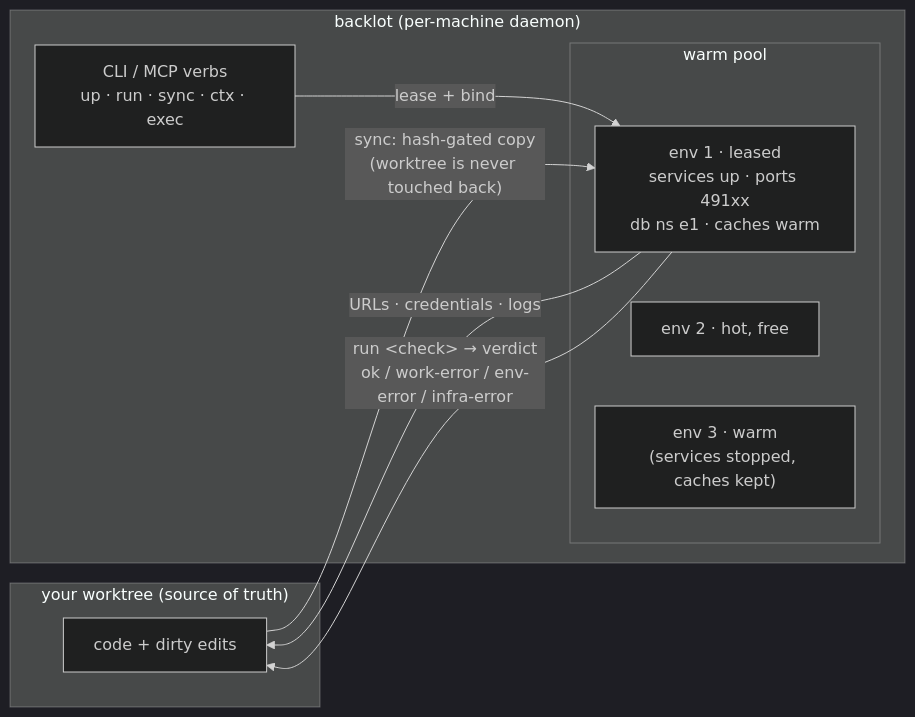
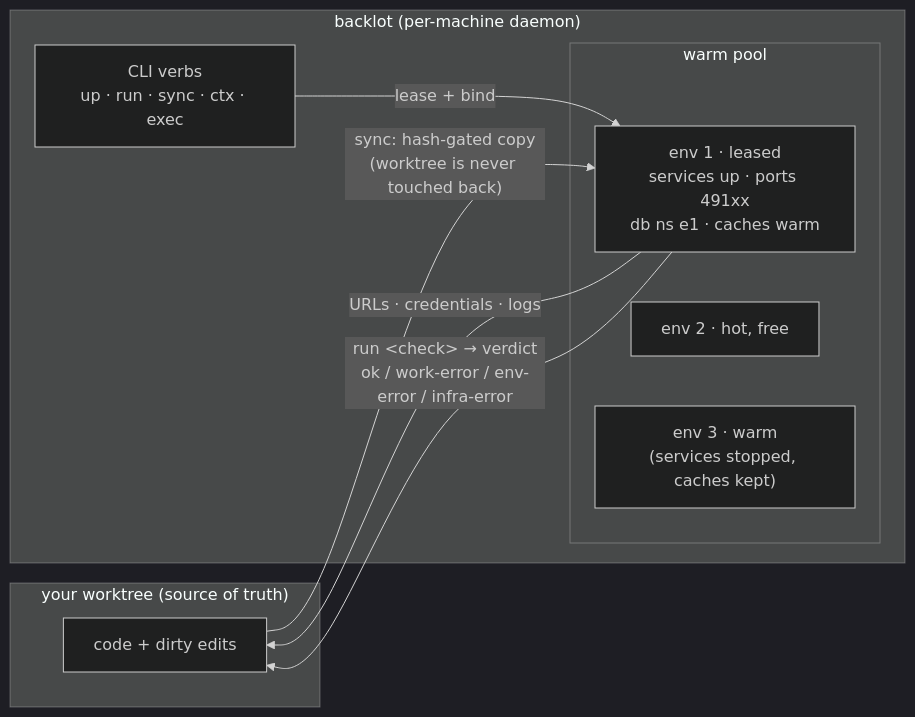
Before and after one commit to ChristianKohlberg/backlot: the first of 2 diagrams in docs/overview.md, drawn with Mermaid (dark theme). The commit also changed other lines of this file and 24 other files, not shown here.

Commit message:
refactor!: remove MCP adapter and ship CLI-only artifacts

````diff
--- a/docs/overview.md
+++ b/docs/overview.md
@@ -29,18 +29,18 @@
 ```mermaid
 flowchart LR
     subgraph you["your worktree (source of truth)"]
         WT["code + dirty edits"]
     end
     subgraph broker["backlot (per-machine daemon)"]
-        CLI["CLI / MCP verbs<br/>up · run · sync · ctx · exec"]
+        CLI["CLI verbs<br/>up · run · sync · ctx · exec"]
         subgraph pool["warm pool"]
             E1["env 1 · leased<br/>services up · ports 491xx<br/>db ns e1 · caches warm"]
             E2["env 2 · hot, free"]
             E3["env 3 · warm<br/>(services stopped, caches kept)"]
         end
     end
     WT -- "sync: hash-gated copy<br/>(worktree is never touched back)" --> E1
     CLI -- "lease + bind" --> E1
     E1 -- "URLs · credentials · logs" --> WT
     E1 -- "run &lt;check&gt; → verdict<br/>ok / work-error / env-error / infra-error" --> WT
 ```
````
